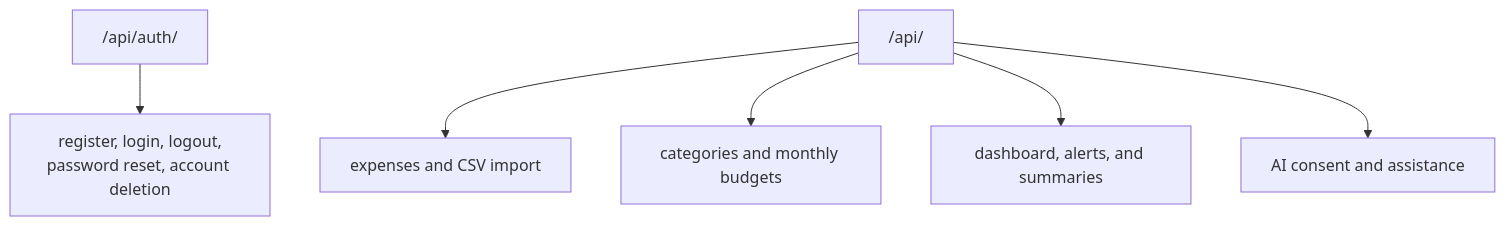
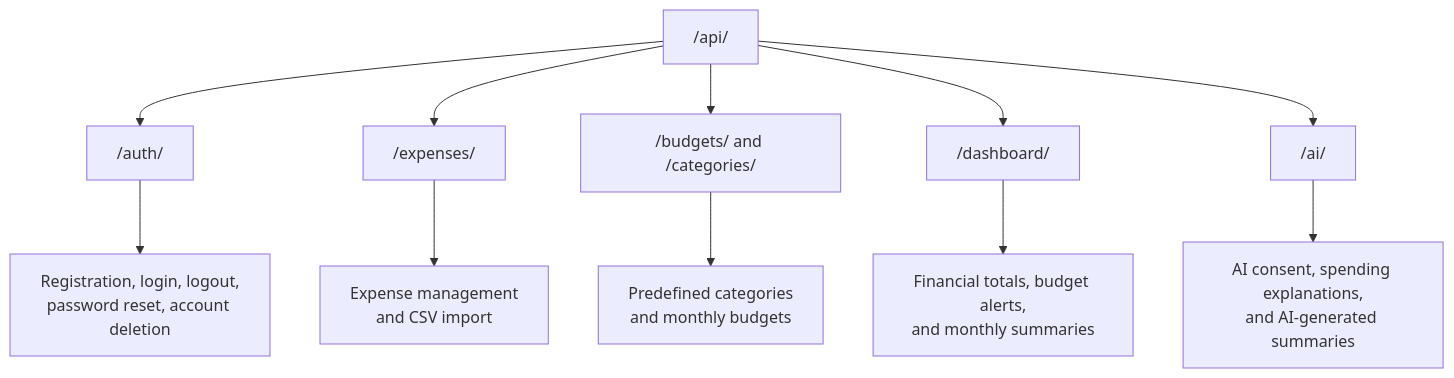
The diagram in docs/architecture/api-design.md (fatima448/ai-finance-assistant), drawn with Mermaid before and after one commit. The commit also changed 6 other files, not shown here.

Commit message:
update software architecture diagrams

````diff
--- a/docs/architecture/api-design.md
+++ b/docs/architecture/api-design.md
@@ -8,8 +8,18 @@
 ```mermaid
+
 flowchart TB
-    Auth["/api/auth/"] --> Account["register, login, logout,<br/>password reset, account deletion"]
-    Finance["/api/"] --> Expenses["expenses and CSV import"]
-    Finance --> Budget["categories and monthly budgets"]
-    Finance --> Dashboard["dashboard, alerts, and summaries"]
-    Finance --> AI["AI consent and assistance"]
+    API["/api/"]
+
+    API --> Auth["/auth/"]
+    API --> Expenses["/expenses/"]
+    API --> Budget["/budgets/ and /categories/"]
+    API --> Dashboard["/dashboard/"]
+    API --> AI["/ai/"]
+
+    Auth --> A["Registration, login, logout,<br/>password reset, account deletion"]
+    Expenses --> E["Expense management<br/>and CSV import"]
+    Budget --> B["Predefined categories<br/>and monthly budgets"]
+    Dashboard --> D["Financial totals, budget alerts,<br/>and monthly summaries"]
+    AI --> I["AI consent, spending explanations,<br/>and AI-generated summaries"]
+
 ```
````
